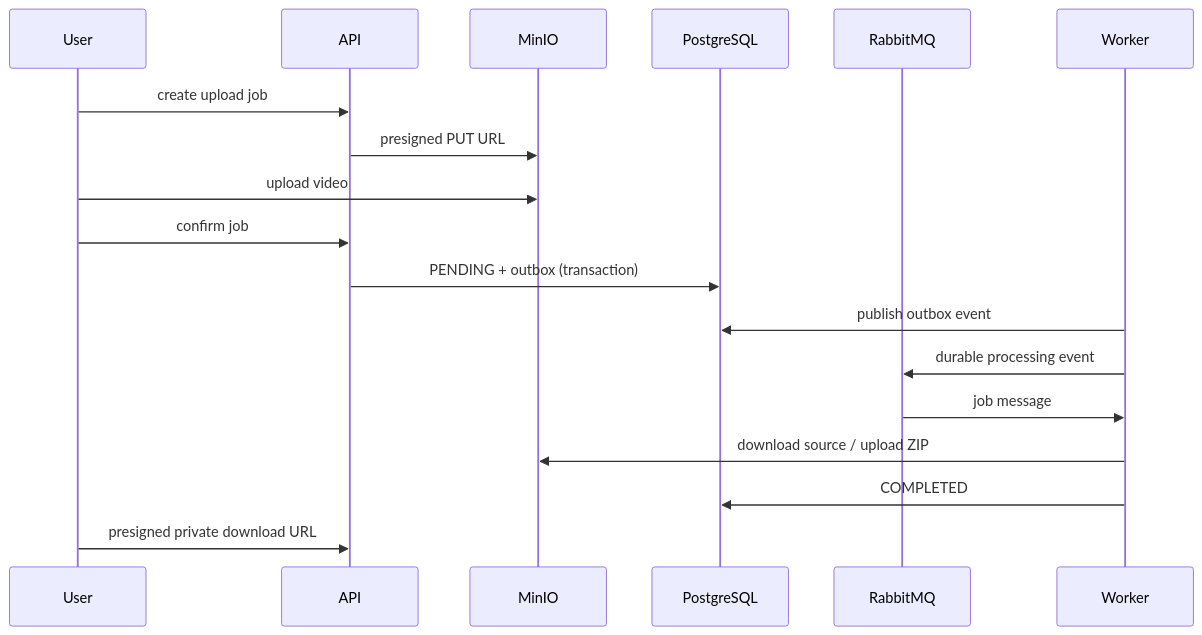
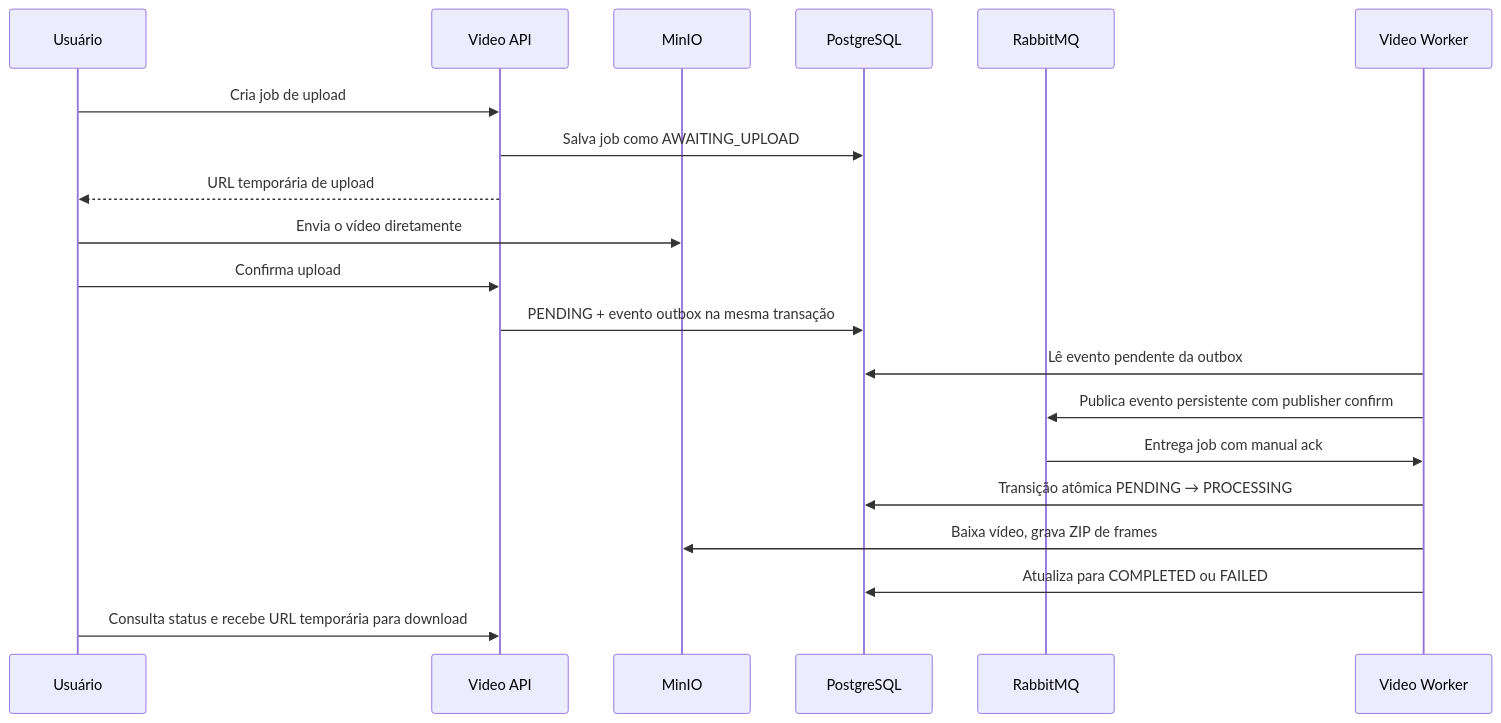
The second of 2 diagrams in README.md (gustavodetoni/tech-challenge-hackathon), drawn with Mermaid before and after one commit. The commit also changed other lines of this file and 2 other files, not shown here.

Commit message:
docs(project): document architecture and local setup

````diff
--- a/README.md
+++ b/README.md
@@ -25,20 +43,23 @@
 ```mermaid
 sequenceDiagram
-  participant U as User
-  participant A as API
-  participant S as MinIO
-  participant D as PostgreSQL
-  participant Q as RabbitMQ
-  participant W as Worker
-  U->>A: create upload job
-  A->>S: presigned PUT URL
-  U->>S: upload video
-  U->>A: confirm job
-  A->>D: PENDING + outbox (transaction)
-  W->>D: publish outbox event
-  W->>Q: durable processing event
-  Q->>W: job message
-  W->>S: download source / upload ZIP
-  W->>D: COMPLETED
-  U->>A: presigned private download URL
+    participant U as Usuário
+    participant A as Video API
+    participant S as MinIO
+    participant D as PostgreSQL
+    participant Q as RabbitMQ
+    participant W as Video Worker
+
+    U->>A: Cria job de upload
+    A->>D: Salva job como AWAITING_UPLOAD
+    A-->>U: URL temporária de upload
+    U->>S: Envia o vídeo diretamente
+    U->>A: Confirma upload
+    A->>D: PENDING + evento outbox na mesma transação
+    W->>D: Lê evento pendente da outbox
+    W->>Q: Publica evento persistente com publisher confirm
+    Q->>W: Entrega job com manual ack
+    W->>D: Transição atômica PENDING → PROCESSING
+    W->>S: Baixa vídeo, grava ZIP de frames
+    W->>D: Atualiza para COMPLETED ou FAILED
+    U->>A: Consulta status e recebe URL temporária para download
 ```
````
